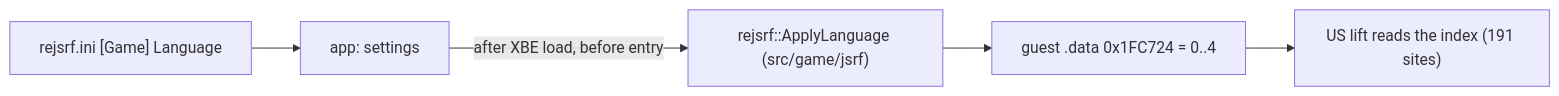
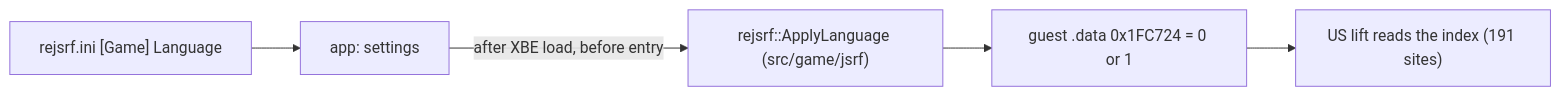
One commit to nworkers/reJSRF changed the diagram in docs/design/20261020-i104-language-option.md. Above: the diagram before and after it, drawn with Mermaid. The commit also changed other lines of this file and 8 other files, not shown here.

````diff
--- a/docs/design/20261020-i104-language-option.md
+++ b/docs/design/20261020-i104-language-option.md
@@ -21,7 +22,7 @@
 ```mermaid
 flowchart LR
     INI["rejsrf.ini [Game] Language"] --> APP["app: settings"]
     APP -->|"after XBE load, before entry"| PROFILE["rejsrf::ApplyLanguage (src/game/jsrf)"]
-    PROFILE --> POKE["guest .data 0x1FC724 = 0..4"]
+    PROFILE --> POKE["guest .data 0x1FC724 = 0 or 1"]
     POKE --> GAME["US lift reads the index (191 sites)"]
 ```
````
